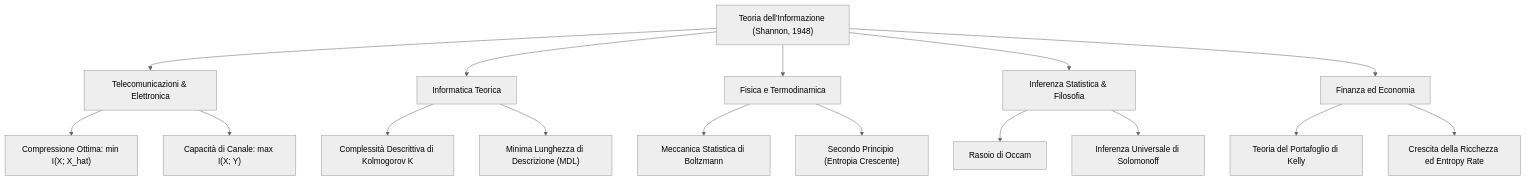
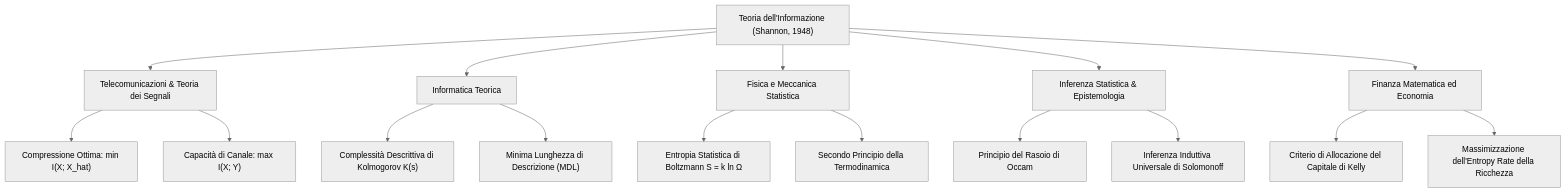
Before and after one commit to michelevantaggi02/Magistrale: the diagram in Anno 1/Information and Estimation Theory/6. Introduzione alla Teoria dell'Informazione ed Entropia.md, drawn with Mermaid (neutral theme). The commit also changed other lines of this file and 37 other files, not shown here.

````diff
--- a/Anno 1/Information and Estimation Theory/6. Introduzione alla Teoria dell'Informazione ed Entropia.md
+++ b/Anno 1/Information and Estimation Theory/6. Introduzione alla Teoria dell'Informazione ed Entropia.md
@@ -13,24 +13,24 @@
 ```mermaid
 flowchart TD
     IT["Teoria dell'Informazione (Shannon, 1948)"]
     
-    IT --> EE["Telecomunicazioni & Elettronica"]
+    IT --> EE["Telecomunicazioni & Teoria dei Segnali"]
     EE --> EE1["Compressione Ottima: min I(X; X_hat)"]
     EE --> EE2["Capacità di Canale: max I(X; Y)"]
     
     IT --> CS["Informatica Teorica"]
-    CS --> CS1["Complessità Descrittiva di Kolmogorov K"]
+    CS --> CS1["Complessità Descrittiva di Kolmogorov K(s)"]
     CS --> CS2["Minima Lunghezza di Descrizione (MDL)"]
     
-    IT --> PHYS["Fisica e Termodinamica"]
-    PHYS --> PHYS1["Meccanica Statistica di Boltzmann"]
-    PHYS --> PHYS2["Secondo Principio (Entropia Crescente)"]
+    IT --> PHYS["Fisica e Meccanica Statistica"]
+    PHYS --> PHYS1["Entropia Statistica di Boltzmann S = k ln Ω"]
+    PHYS --> PHYS2["Secondo Principio della Termodinamica"]
     
-    IT --> PHIL["Inferenza Statistica & Filosofia"]
-    PHIL --> PHIL1["Rasoio di Occam"]
-    PHIL --> PHIL2["Inferenza Universale di Solomonoff"]
+    IT --> PHIL["Inferenza Statistica & Epistemologia"]
+    PHIL --> PHIL1["Principio del Rasoio di Occam"]
+    PHIL --> PHIL2["Inferenza Induttiva Universale di Solomonoff"]
     
-    IT --> ECON["Finanza ed Economia"]
-    ECON --> ECON1["Teoria del Portafoglio di Kelly"]
-    ECON --> ECON2["Crescita della Ricchezza ed Entropy Rate"]
+    IT --> ECON["Finanza Matematica ed Economia"]
+    ECON --> ECON1["Criterio di Allocazione del Capitale di Kelly"]
+    ECON --> ECON2["Massimizzazione dell'Entropy Rate della Ricchezza"]
 ```
````
